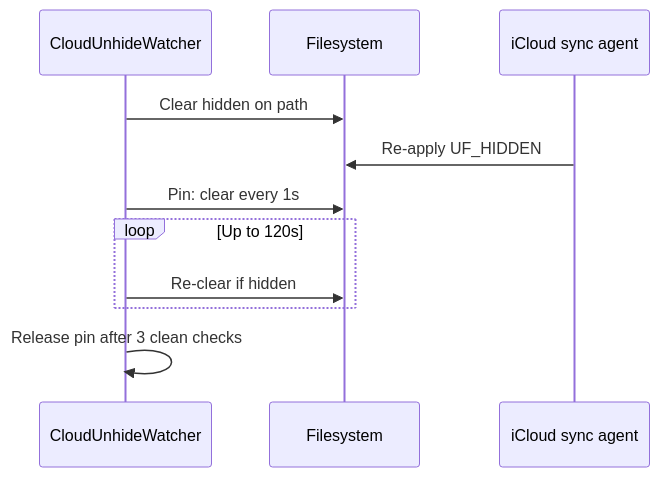
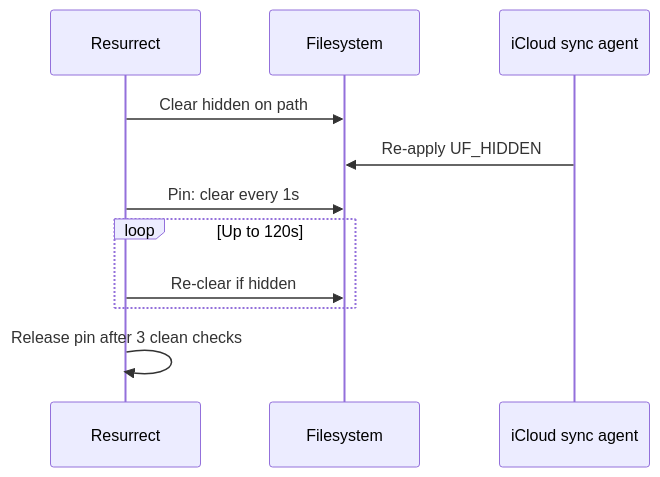
The third of 10 diagrams in docs/process-flows.md (roto31/Resurrect), drawn with Mermaid before and after one commit. The commit also changed other lines of this file and 25 other files, not shown here.

````diff
--- a/docs/process-flows.md
+++ b/docs/process-flows.md
@@ -50,13 +50,13 @@
 ```mermaid
 sequenceDiagram
-  participant App as CloudUnhideWatcher
+  participant App as Resurrect
   participant FS as Filesystem
   participant iCloud as iCloud sync agent
   App->>FS: Clear hidden on path
   iCloud->>FS: Re-apply UF_HIDDEN
   App->>FS: Pin: clear every 1s
   loop Up to 120s
     App->>FS: Re-clear if hidden
   end
   App->>App: Release pin after 3 clean checks
 ```
````
